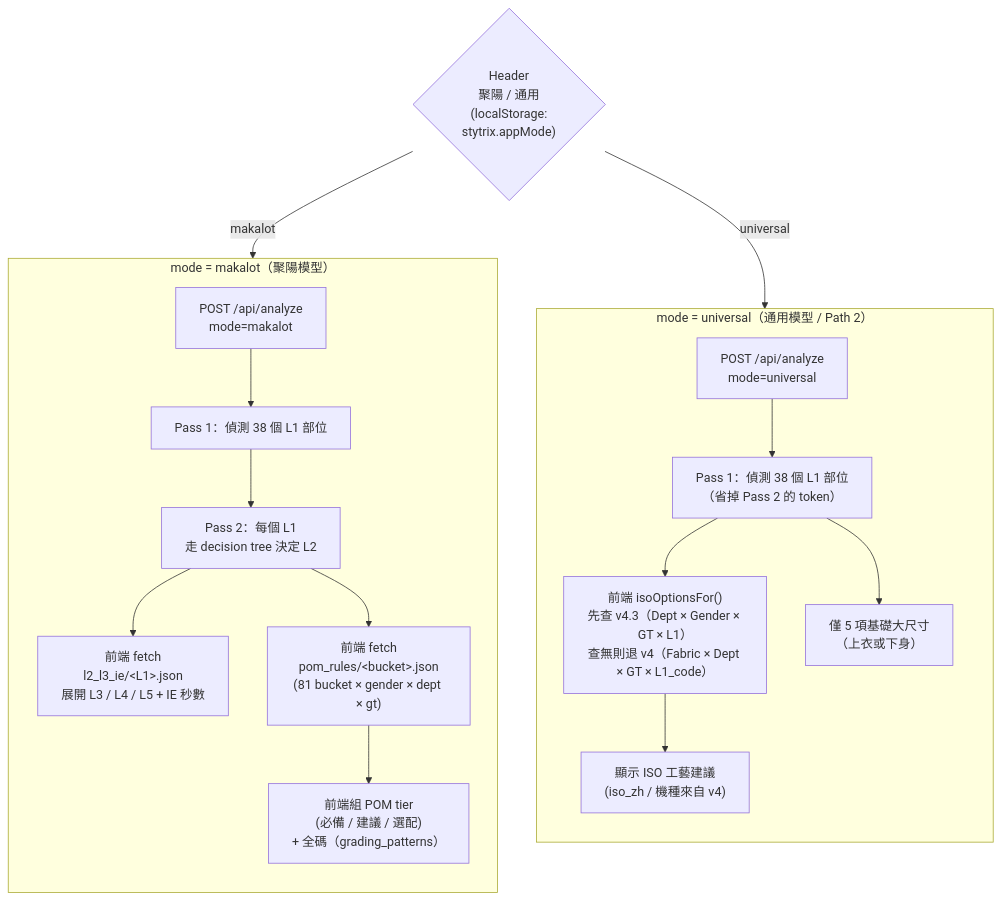
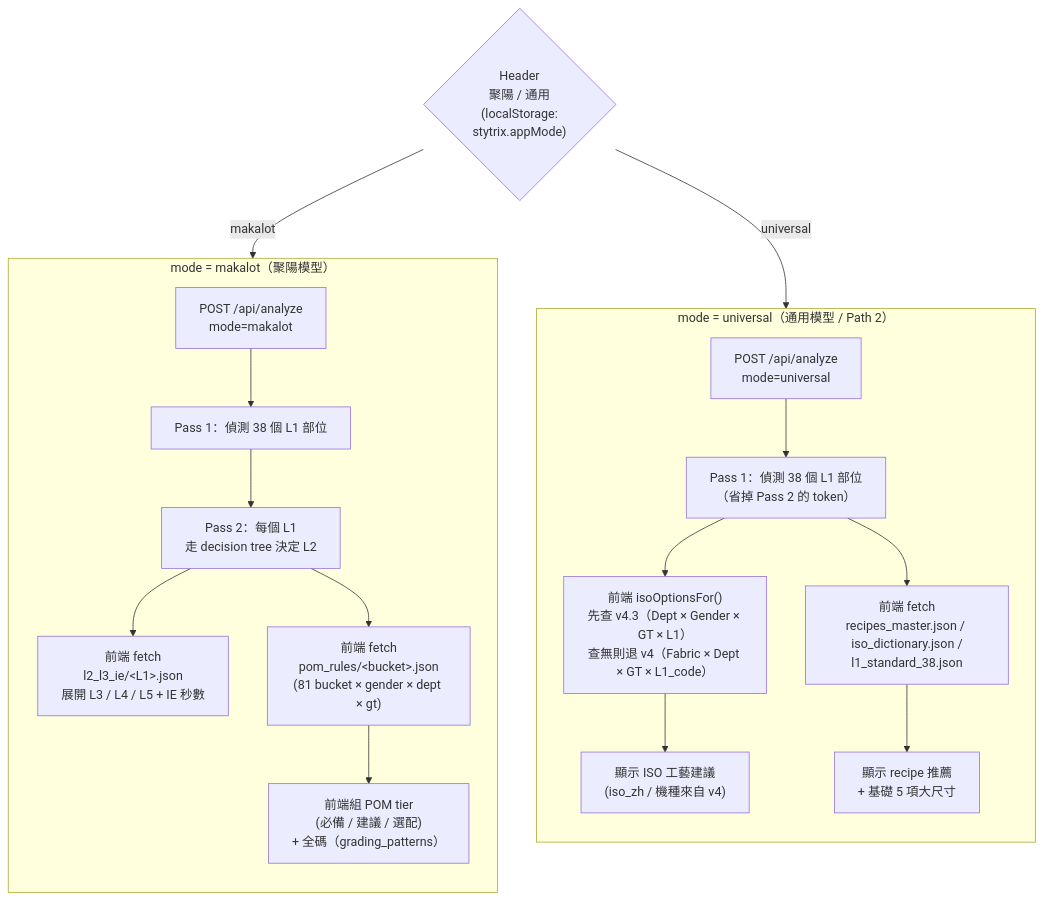
The second of 4 diagrams in 網站架構圖.md (ellyfd/stytrix-techpack), drawn with Mermaid before and after one commit. The commit also changed other lines of this file and 1 other file, not shown here.

First line of the commit message:
docs: 依 main 最新架構重寫 README 與網站架構圖

````diff
--- a/網站架構圖.md
+++ b/網站架構圖.md
@@ -47,30 +61,31 @@
 ```mermaid
 flowchart TB
   Mode{"Header<br/>聚陽 / 通用<br/>(localStorage:<br/>stytrix.appMode)"}
 
   subgraph Makalot["mode = makalot（聚陽模型）"]
     direction TB
     M1["POST /api/analyze<br/>mode=makalot"]
     M2["Pass 1：偵測 38 個 L1 部位"]
     M3["Pass 2：每個 L1<br/>走 decision tree 決定 L2"]
     M4["前端 fetch<br/>l2_l3_ie/&lt;L1&gt;.json<br/>展開 L3 / L4 / L5 + IE 秒數"]
     M5["前端 fetch<br/>pom_rules/&lt;bucket&gt;.json<br/>(81 bucket × gender × dept × gt)"]
     M6["前端組 POM tier<br/>(必備 / 建議 / 選配)<br/>+ 全碼（grading_patterns）"]
     M1 --> M2 --> M3 --> M4
     M3 --> M5 --> M6
   end
 
   subgraph Universal["mode = universal（通用模型 / Path 2）"]
     direction TB
     U1["POST /api/analyze<br/>mode=universal"]
     U2["Pass 1：偵測 38 個 L1 部位<br/>（省掉 Pass 2 的 token）"]
     U3["前端 isoOptionsFor()<br/>先查 v4.3（Dept × Gender × GT × L1）<br/>查無則退 v4（Fabric × Dept × GT × L1_code）"]
     U4["顯示 ISO 工藝建議<br/>(iso_zh / 機種來自 v4)"]
-    U5["僅 5 項基礎大尺寸<br/>（上衣或下身）"]
+    U5["前端 fetch<br/>recipes_master.json / iso_dictionary.json /<br/>l1_standard_38.json"]
+    U6["顯示 recipe 推薦<br/>+ 基礎 5 項大尺寸"]
     U1 --> U2 --> U3 --> U4
-    U2 --> U5
+    U2 --> U5 --> U6
   end
 
   Mode -- "makalot" --> Makalot
   Mode -- "universal" --> Universal
 ```
````
